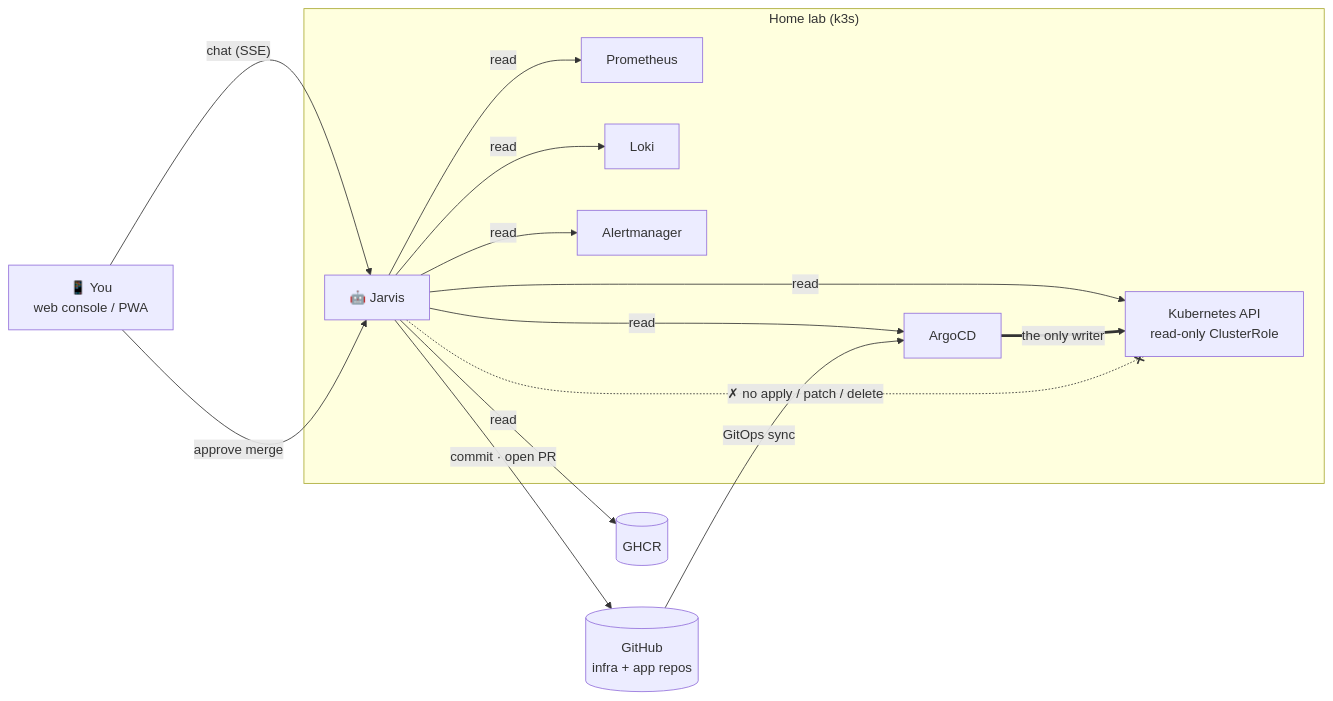
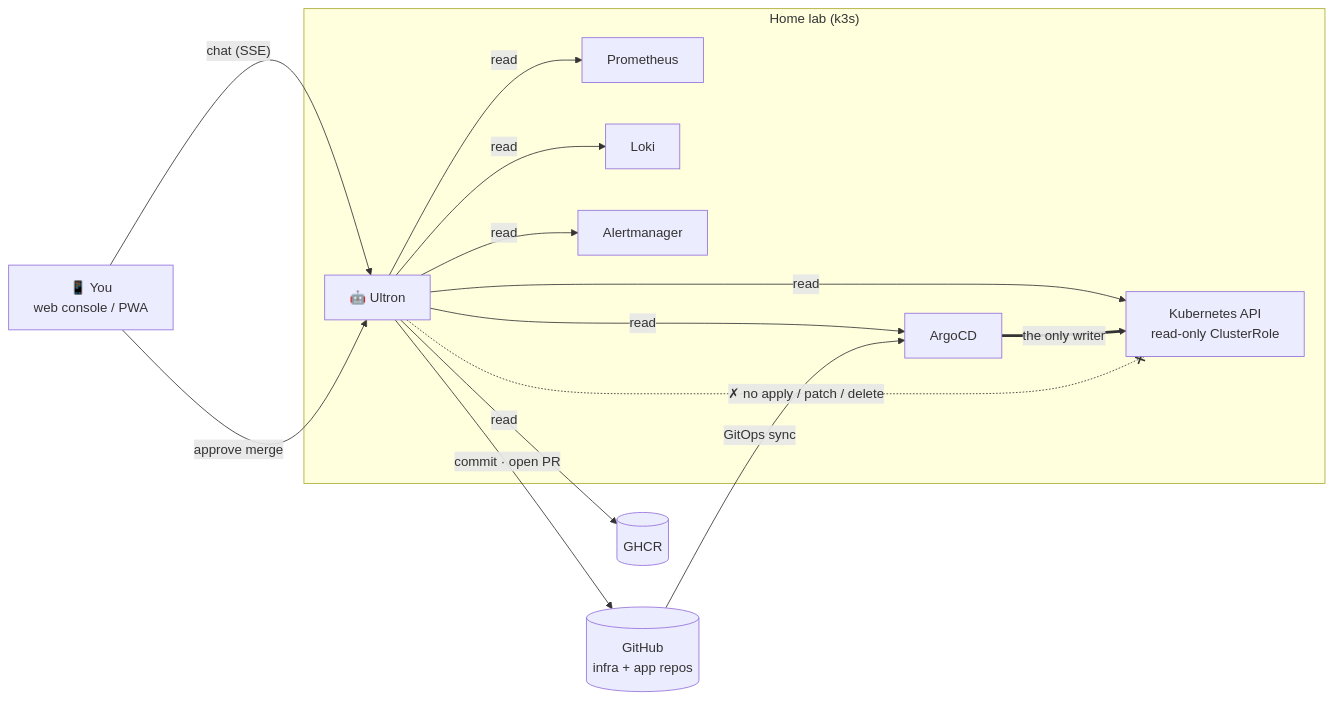
Before and after one commit to gmottola00/Jarvis: the first of 7 diagrams in README.md, drawn with Mermaid. The commit also changed other lines of this file, not shown here.

First line of the commit message:
docs(readme): replace Jarvis references with Ultron

````diff
--- a/README.md
+++ b/README.md
@@ -31,23 +31,23 @@
 ```mermaid
 flowchart LR
-    you["📱 You<br/>web console / PWA"] -- "chat (SSE)" --> jarvis
+    you["📱 You<br/>web console / PWA"] -- "chat (SSE)" --> ultron
 
     subgraph lab["Home lab (k3s)"]
-        jarvis["🤖 Jarvis"]
+        ultron["🤖 Ultron"]
         k8s["Kubernetes API<br/>read-only ClusterRole"]
         prom["Prometheus"]
         loki["Loki"]
         am["Alertmanager"]
         argo["ArgoCD"]
     end
 
     gh[("GitHub<br/>infra + app repos")]
     ghcr[("GHCR")]
 
-    jarvis -- read --> k8s & prom & loki & am & argo & ghcr
-    jarvis -- "commit · open PR" --> gh
-    you -- "approve merge" --> jarvis
+    ultron -- read --> k8s & prom & loki & am & argo & ghcr
+    ultron -- "commit · open PR" --> gh
+    you -- "approve merge" --> ultron
     gh -- "GitOps sync" --> argo
     argo == "the only writer" ==> k8s
-    jarvis -. "✗ no apply / patch / delete" .-x k8s
+    ultron -. "✗ no apply / patch / delete" .-x k8s
 ```
````
